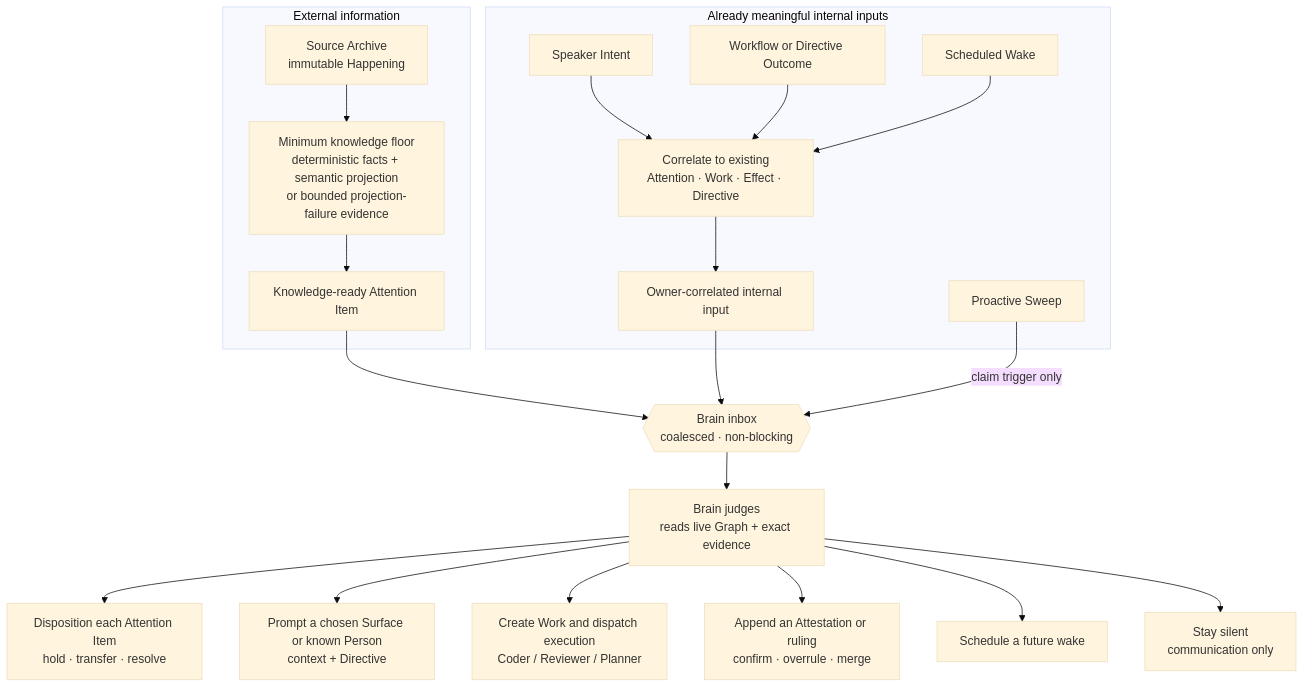
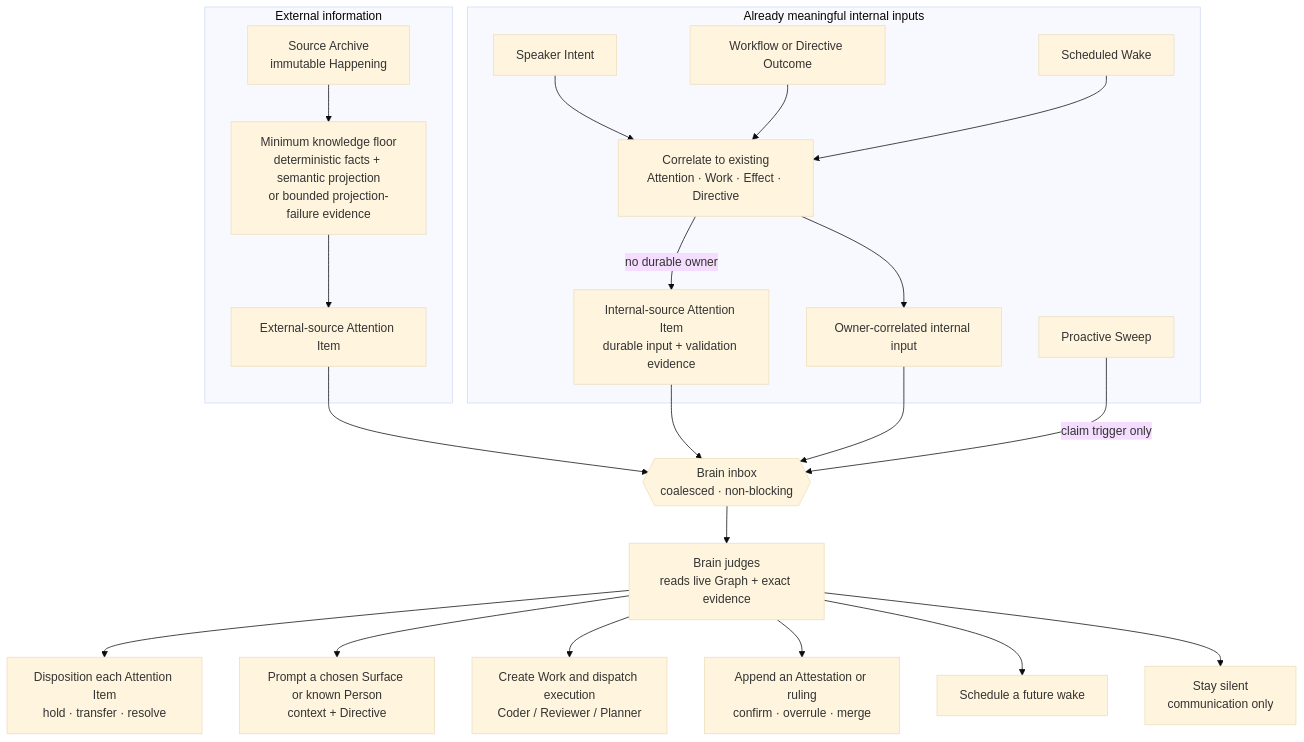
The second of 5 diagrams in docs/SYSTEM-ARCHITECTURE.md (AaronAbuUsama/ambient-agent), drawn with Mermaid (base theme) before and after one commit. The commit also changed other lines of this file and 11 other files, not shown here.

Commit message:
architecture: ratify source-prepared accountability

````diff
--- a/docs/SYSTEM-ARCHITECTURE.md
+++ b/docs/SYSTEM-ARCHITECTURE.md
@@ -293,30 +295,32 @@
 ```mermaid
 flowchart TB
   subgraph external["External information"]
     SRC["Source Archive<br/>immutable Happening"]
     FLOOR["Minimum knowledge floor<br/>deterministic facts + semantic projection<br/>or bounded projection-failure evidence"]
-  ATTENTION["Knowledge-ready Attention Item"]
+  ATTENTION["External-source Attention Item"]
     SRC --> FLOOR --> ATTENTION
   end
 
   subgraph internal["Already meaningful internal inputs"]
     I1["Speaker Intent"]
     I2["Workflow or Directive Outcome"]
     I3["Scheduled Wake"]
     I4["Proactive Sweep"]
     CORRELATE["Correlate to existing<br/>Attention · Work · Effect · Directive"]
     OWNED["Owner-correlated internal input"]
+    INTERNAL_ATTENTION["Internal-source Attention Item<br/>durable input + validation evidence"]
     I1 & I2 & I3 --> CORRELATE --> OWNED
+    CORRELATE -->|"no durable owner"| INTERNAL_ATTENTION
   end
 
-  ATTENTION & OWNED --> INBOX{{"Brain inbox<br/>coalesced · non-blocking"}}
+  ATTENTION & INTERNAL_ATTENTION & OWNED --> INBOX{{"Brain inbox<br/>coalesced · non-blocking"}}
   I4 -->|"claim trigger only"| INBOX
   INBOX --> DECIDE["Brain judges<br/>reads live Graph + exact evidence"]
 
   DECIDE --> A1["Disposition each Attention Item<br/>hold · transfer · resolve"]
   DECIDE --> D1["Prompt a chosen Surface or known Person<br/>context + Directive"]
   DECIDE --> D2["Create Work and dispatch execution<br/>Coder / Reviewer / Planner"]
   DECIDE --> D3["Append an Attestation or ruling<br/>confirm · overrule · merge"]
   DECIDE --> D4["Schedule a future wake"]
   DECIDE --> D5["Stay silent<br/>communication only"]
 ```
````
